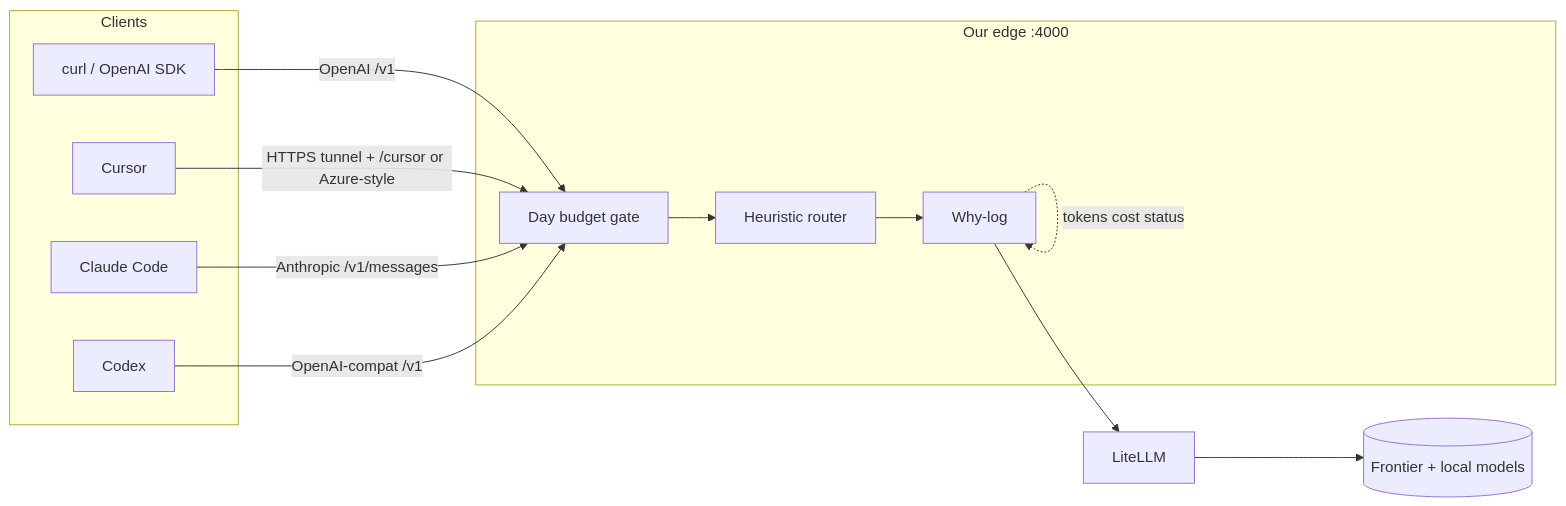
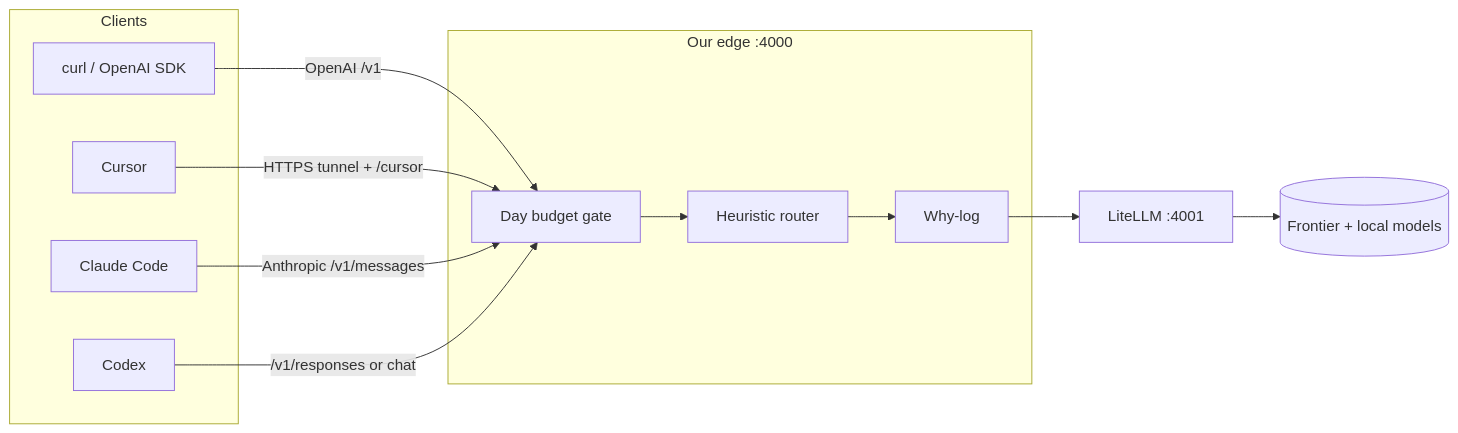
Before and after one commit to sarjeet2013/harbor-ai-gateway: the diagram in README.md, drawn with Mermaid. The commit also changed other lines of this file and 23 other files, not shown here.

First line of the commit message:
v0: runnable FastAPI edge with budget, router, why-log

````diff
--- a/README.md
+++ b/README.md
@@ -17,26 +17,25 @@
 ```mermaid
 flowchart LR
   subgraph clients [Clients]
     CURL[curl / OpenAI SDK]
     CURSOR[Cursor]
     CC[Claude Code]
     CODEX[Codex]
   end
 
   subgraph edge [Our edge :4000]
     BUDGET[Day budget gate]
     ROUTER[Heuristic router]
     WHY[Why-log]
   end
 
-  LITELLM[LiteLLM]
+  LITELLM[LiteLLM :4001]
   UP[(Frontier + local models)]
 
   CURL -->|OpenAI /v1| BUDGET
-  CURSOR -->|HTTPS tunnel + /cursor or Azure-style| BUDGET
+  CURSOR -->|HTTPS tunnel + /cursor| BUDGET
   CC -->|Anthropic /v1/messages| BUDGET
-  CODEX -->|OpenAI-compat /v1| BUDGET
+  CODEX -->|/v1/responses or chat| BUDGET
 
   BUDGET --> ROUTER --> WHY --> LITELLM --> UP
-  WHY -.->|tokens cost status| WHY
 ```
````
